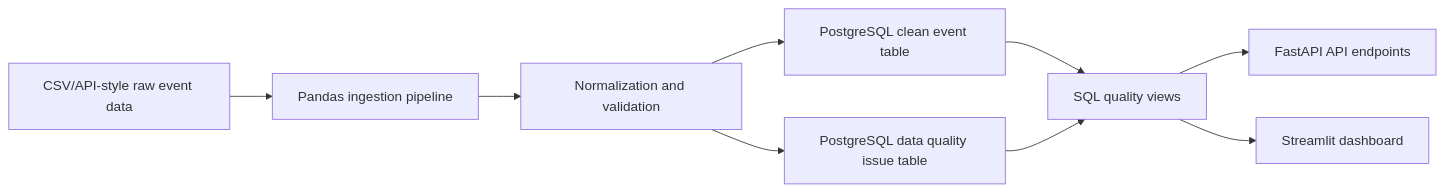
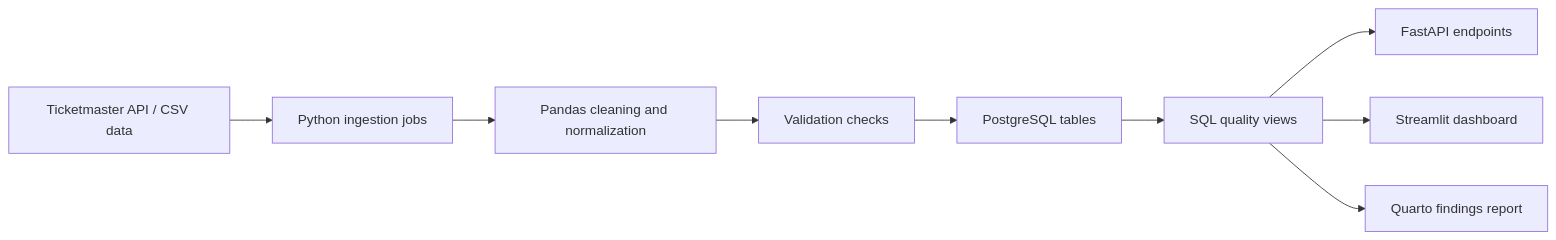
Before and after one commit to EnmaSantos/live-music-data-quality-pipeline: the diagram in README.md, drawn with Mermaid. The commit also changed other lines of this file and 2 other files, not shown here.

````diff
--- a/README.md
+++ b/README.md
@@ -19,11 +64,11 @@
 ```mermaid
 flowchart LR
-    A["CSV/API-style raw event data"] --> B["Pandas ingestion pipeline"]
-    B --> C["Normalization and validation"]
-    C --> D["PostgreSQL clean event table"]
-    C --> E["PostgreSQL data quality issue table"]
-    D --> F["SQL quality views"]
-    E --> F
-    F --> G["FastAPI API endpoints"]
+    A["Ticketmaster API / CSV data"] --> B["Python ingestion jobs"]
+    B --> C["Pandas cleaning and normalization"]
+    C --> D["Validation checks"]
+    D --> E["PostgreSQL tables"]
+    E --> F["SQL quality views"]
+    F --> G["FastAPI endpoints"]
     F --> H["Streamlit dashboard"]
+    F --> I["Quarto findings report"]
 ```
````
